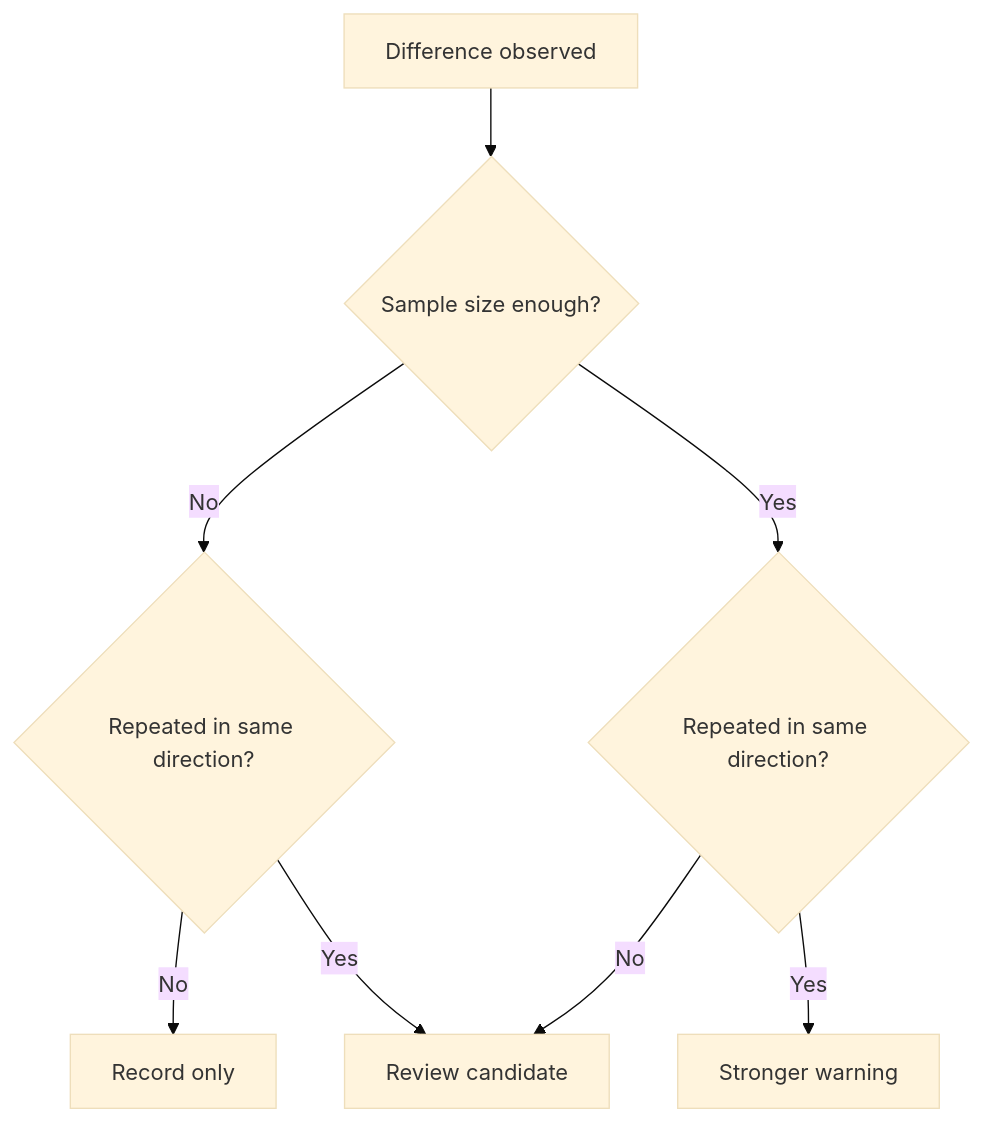
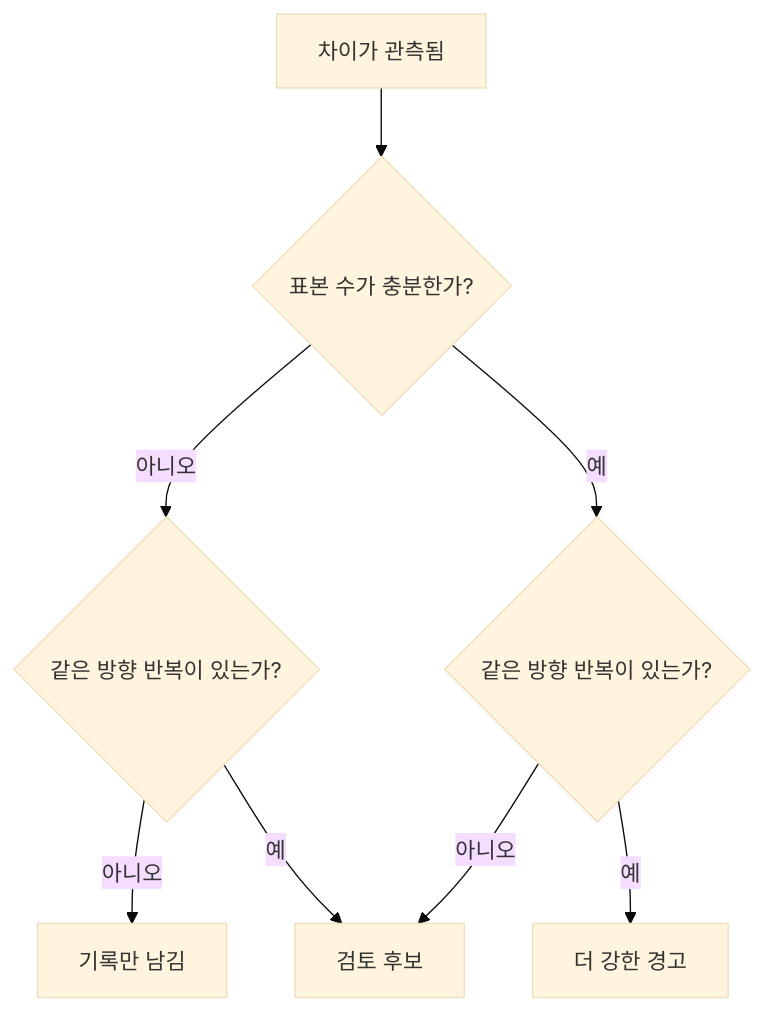
Before and after one commit to devchan64/AiBook: the diagram in docs/parts/part-03/chapter-08/section-01.md, drawn with Mermaid (base theme). The commit also changed 45 other files, not shown here.

Commit message:
docs: localize part 3 mermaid diagrams

````diff
--- a/docs/parts/part-03/chapter-08/section-01.md
+++ b/docs/parts/part-03/chapter-08/section-01.md
@@ -102,10 +102,10 @@
 ```mermaid
 flowchart TD
-    A[Difference observed] --> B{Sample size enough?}
-    B -- No --> C{Repeated in same direction?}
-    C -- No --> D[Record only]
-    C -- Yes --> E[Review candidate]
-    B -- Yes --> F{Repeated in same direction?}
-    F -- No --> E
-    F -- Yes --> G[Stronger warning]
+    A[차이가 관측됨] --> B{표본 수가 충분한가?}
+    B -- 아니오 --> C{같은 방향 반복이 있는가?}
+    C -- 아니오 --> D[기록만 남김]
+    C -- 예 --> E[검토 후보]
+    B -- 예 --> F{같은 방향 반복이 있는가?}
+    F -- 아니오 --> E
+    F -- 예 --> G[더 강한 경고]
 ```
````
